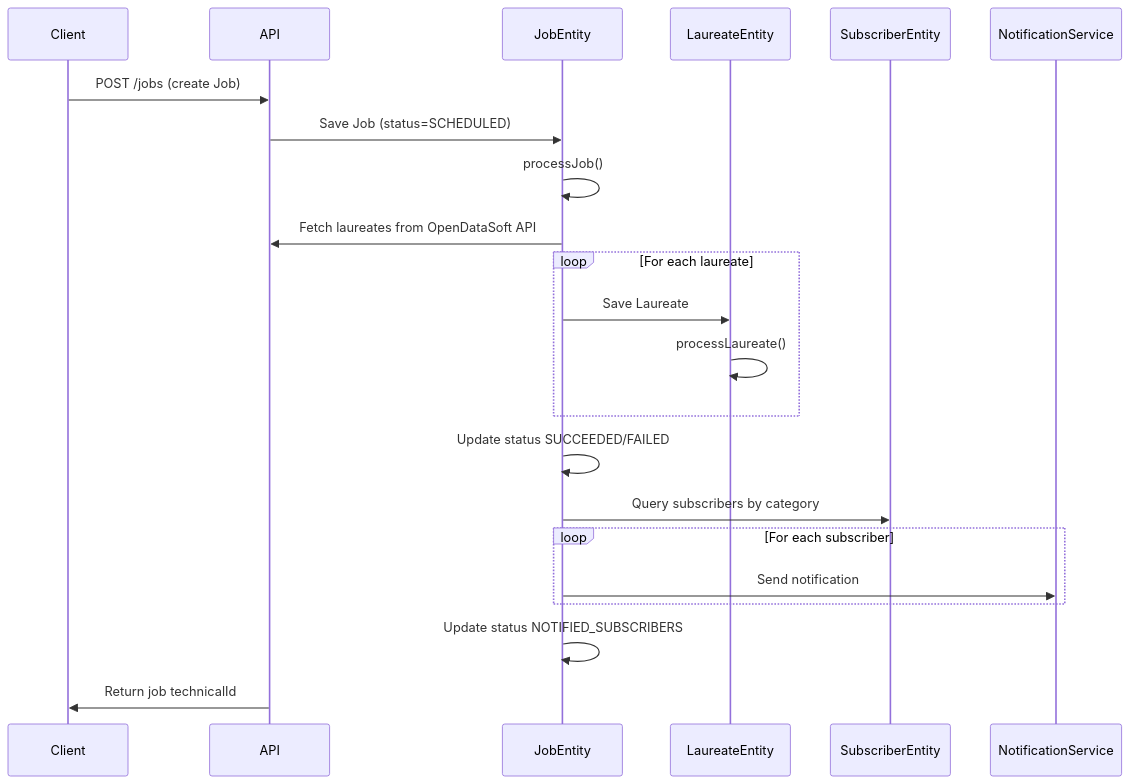
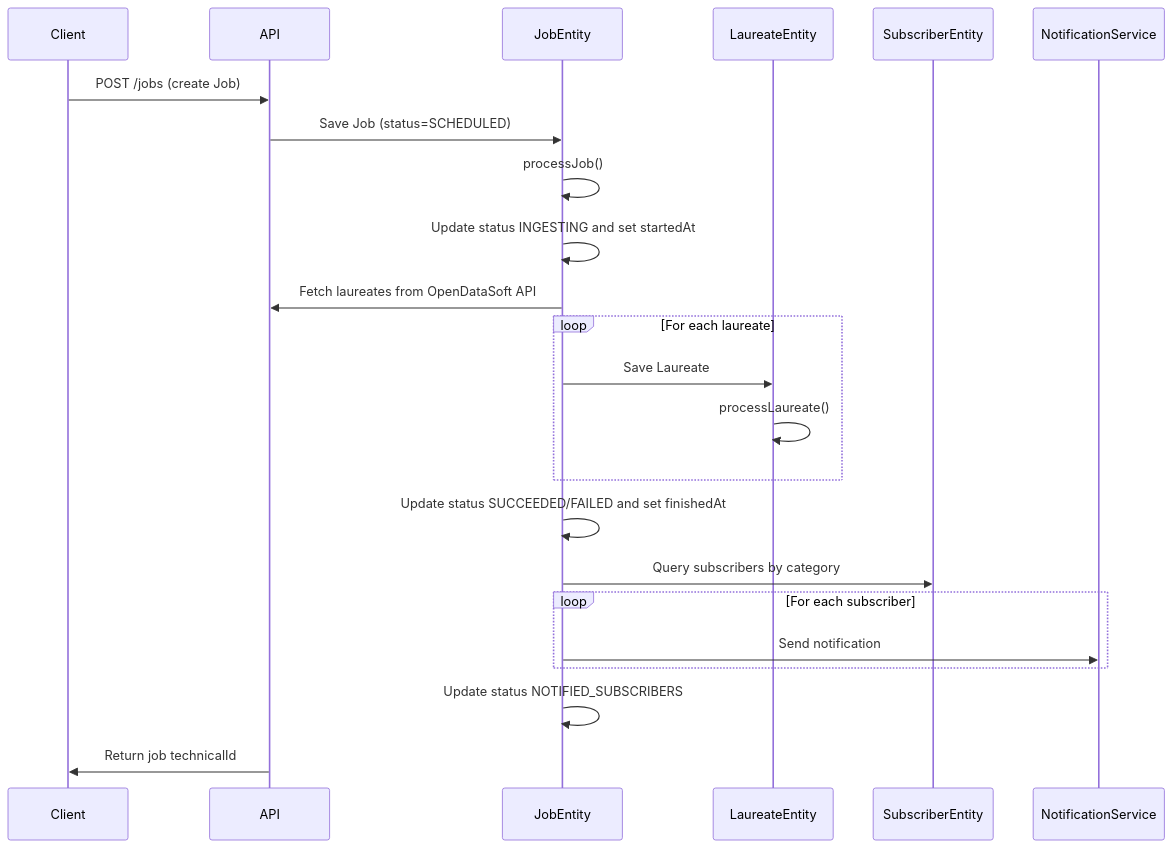
One commit to Cyoda-platform/java-client-template changed the first of 2 diagrams in src/main/java/com/java_template/prototype/functional_requirement.md. Above: the diagram before and after it, drawn with Mermaid. The commit also changed other lines of this file, not shown here.

````diff
--- a/src/main/java/com/java_template/prototype/functional_requirement.md
+++ b/src/main/java/com/java_template/prototype/functional_requirement.md
@@ -166,25 +172,26 @@
 ```mermaid
 sequenceDiagram
     participant Client
     participant API
     participant JobEntity
     participant LaureateEntity
     participant SubscriberEntity
     participant NotificationService
 
     Client->>API: POST /jobs (create Job)
     API->>JobEntity: Save Job (status=SCHEDULED)
     JobEntity->>JobEntity: processJob()
+    JobEntity->>JobEntity: Update status INGESTING and set startedAt
     JobEntity->>API: Fetch laureates from OpenDataSoft API
     loop For each laureate
         JobEntity->>LaureateEntity: Save Laureate
         LaureateEntity->>LaureateEntity: processLaureate()
     end
-    JobEntity->>JobEntity: Update status SUCCEEDED/FAILED
+    JobEntity->>JobEntity: Update status SUCCEEDED/FAILED and set finishedAt
     JobEntity->>SubscriberEntity: Query subscribers by category
     loop For each subscriber
         JobEntity->>NotificationService: Send notification
     end
     JobEntity->>JobEntity: Update status NOTIFIED_SUBSCRIBERS
     API->>Client: Return job technicalId
 ```
````
